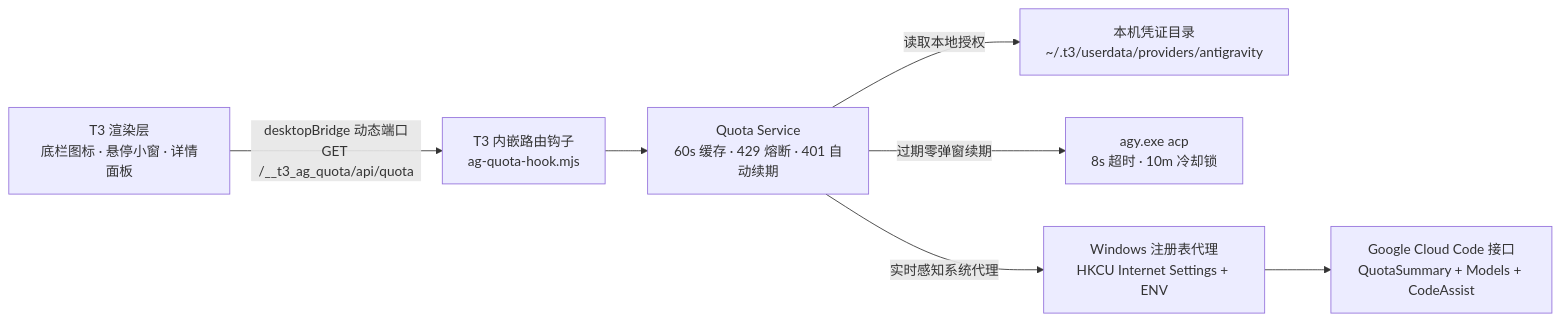
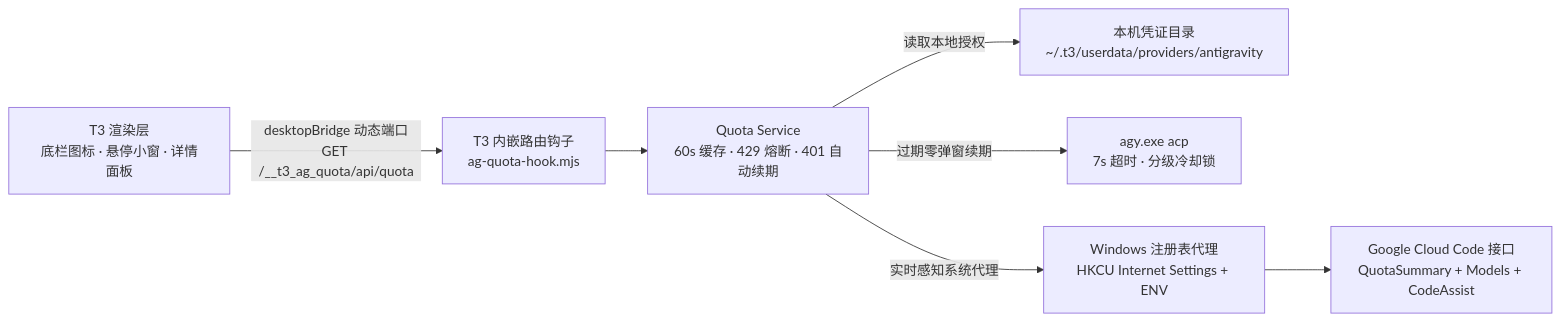
The diagram in README.md (woodenpiger/t3-antigravity-quota), drawn with Mermaid before and after one commit. The commit also changed other lines of this file and 12 other files, not shown here.

````diff
--- a/README.md
+++ b/README.md
@@ -101,9 +101,9 @@
 ```mermaid
 flowchart LR
     UI["T3 渲染层<br/>底栏图标 · 悬停小窗 · 详情面板"] -->|"desktopBridge 动态端口<br/>GET /__t3_ag_quota/api/quota"| HOOK["T3 内嵌路由钩子<br/>ag-quota-hook.mjs"]
     HOOK --> SVC["Quota Service<br/>60s 缓存 · 429 熔断 · 401 自动续期"]
     SVC -->|"读取本地授权"| AUTH["本机凭证目录<br/>~/.t3/userdata/providers/antigravity"]
-    SVC -->|"过期零弹窗续期"| ACP["agy.exe acp<br/>8s 超时 · 10m 冷却锁"]
+    SVC -->|"过期零弹窗续期"| ACP["agy.exe acp<br/>7s 超时 · 分级冷却锁"]
     SVC -->|"实时感知系统代理"| PROXY["Windows 注册表代理<br/>HKCU Internet Settings + ENV"]
     PROXY --> API["Google Cloud Code 接口<br/>QuotaSummary + Models + CodeAssist"]
 ```
````
